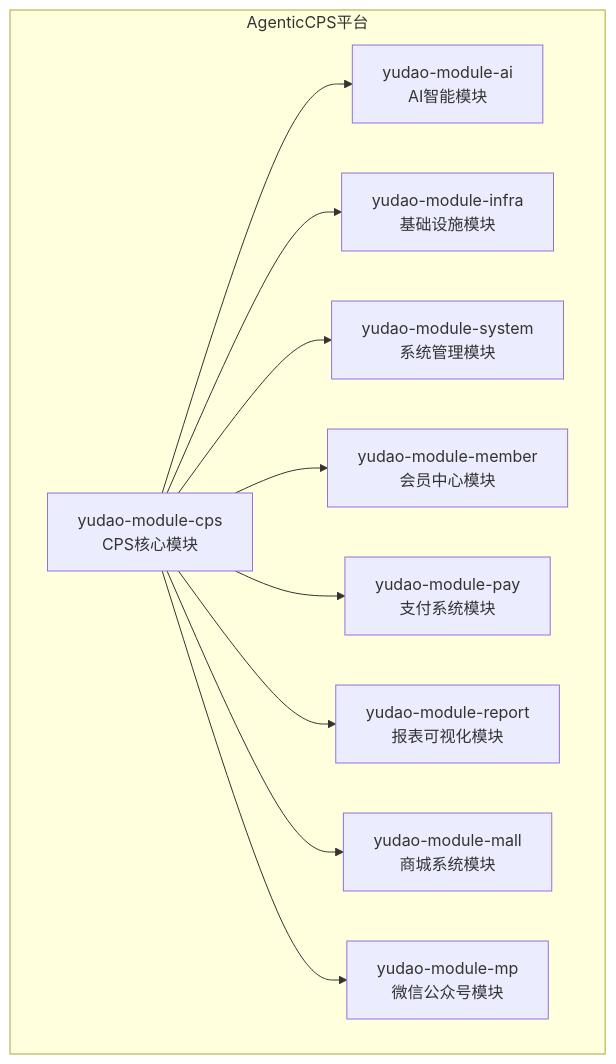
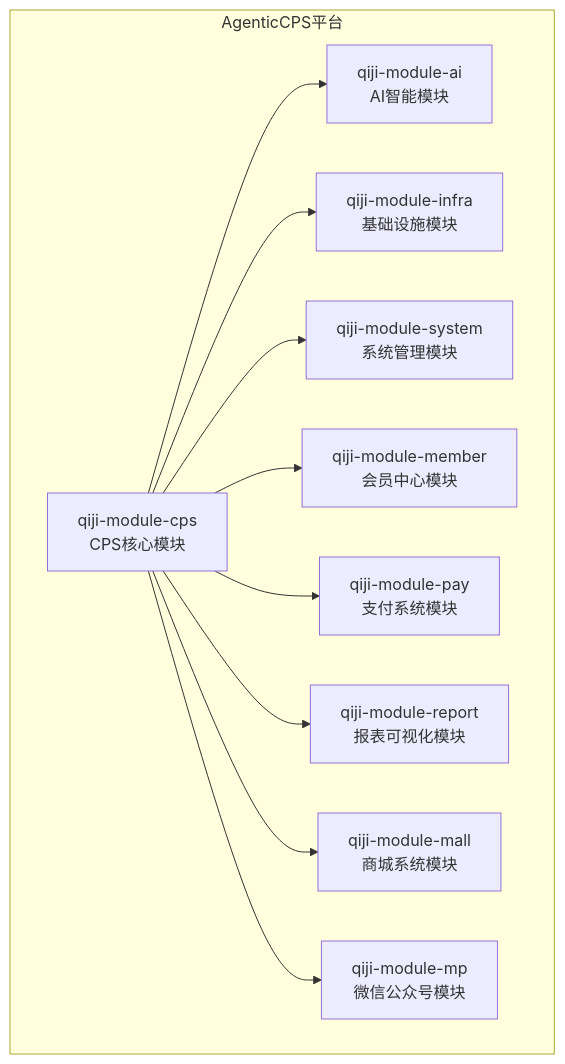
One commit to zhuangpengLI/AgenticCPS changed the fourth of 5 diagrams in backend/.qoder/repowiki/zh/content/项目概述/项目介绍.md. Above: the diagram before and after it, drawn with Mermaid. The commit also changed other lines of this file and 3489 other files, not shown here.

````diff
--- a/backend/.qoder/repowiki/zh/content/项目概述/项目介绍.md
+++ b/backend/.qoder/repowiki/zh/content/项目概述/项目介绍.md
@@ -263,22 +263,22 @@
 ```mermaid
 graph TB
 subgraph "AgenticCPS平台"
-A["yudao-module-cps<br/>CPS核心模块"]
-B["yudao-module-ai<br/>AI智能模块"]
-C["yudao-module-infra<br/>基础设施模块"]
-D["yudao-module-system<br/>系统管理模块"]
-E["yudao-module-member<br/>会员中心模块"]
-F["yudao-module-pay<br/>支付系统模块"]
-G["yudao-module-report<br/>报表可视化模块"]
-H["yudao-module-mall<br/>商城系统模块"]
-I["yudao-module-mp<br/>微信公众号模块"]
+A["qiji-module-cps<br/>CPS核心模块"]
+B["qiji-module-ai<br/>AI智能模块"]
+C["qiji-module-infra<br/>基础设施模块"]
+D["qiji-module-system<br/>系统管理模块"]
+E["qiji-module-member<br/>会员中心模块"]
+F["qiji-module-pay<br/>支付系统模块"]
+G["qiji-module-report<br/>报表可视化模块"]
+H["qiji-module-mall<br/>商城系统模块"]
+I["qiji-module-mp<br/>微信公众号模块"]
 end
 A --> B
 A --> C
 A --> D
 A --> E
 A --> F
 A --> G
 A --> H
 A --> I
 ```
````
